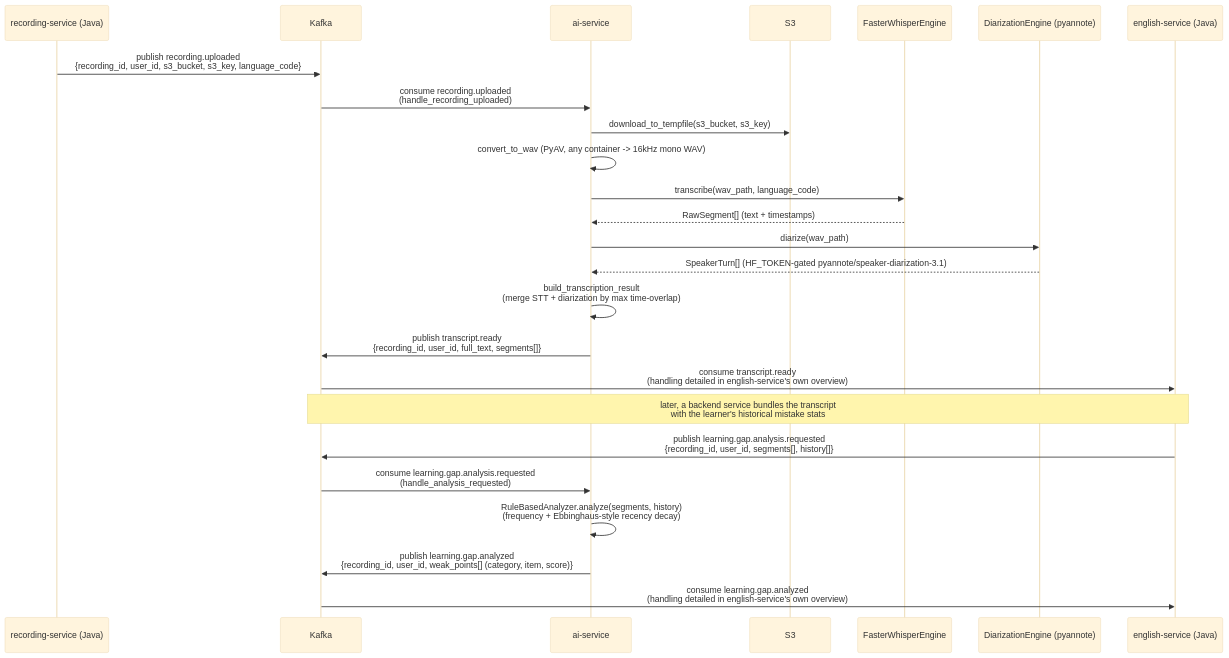
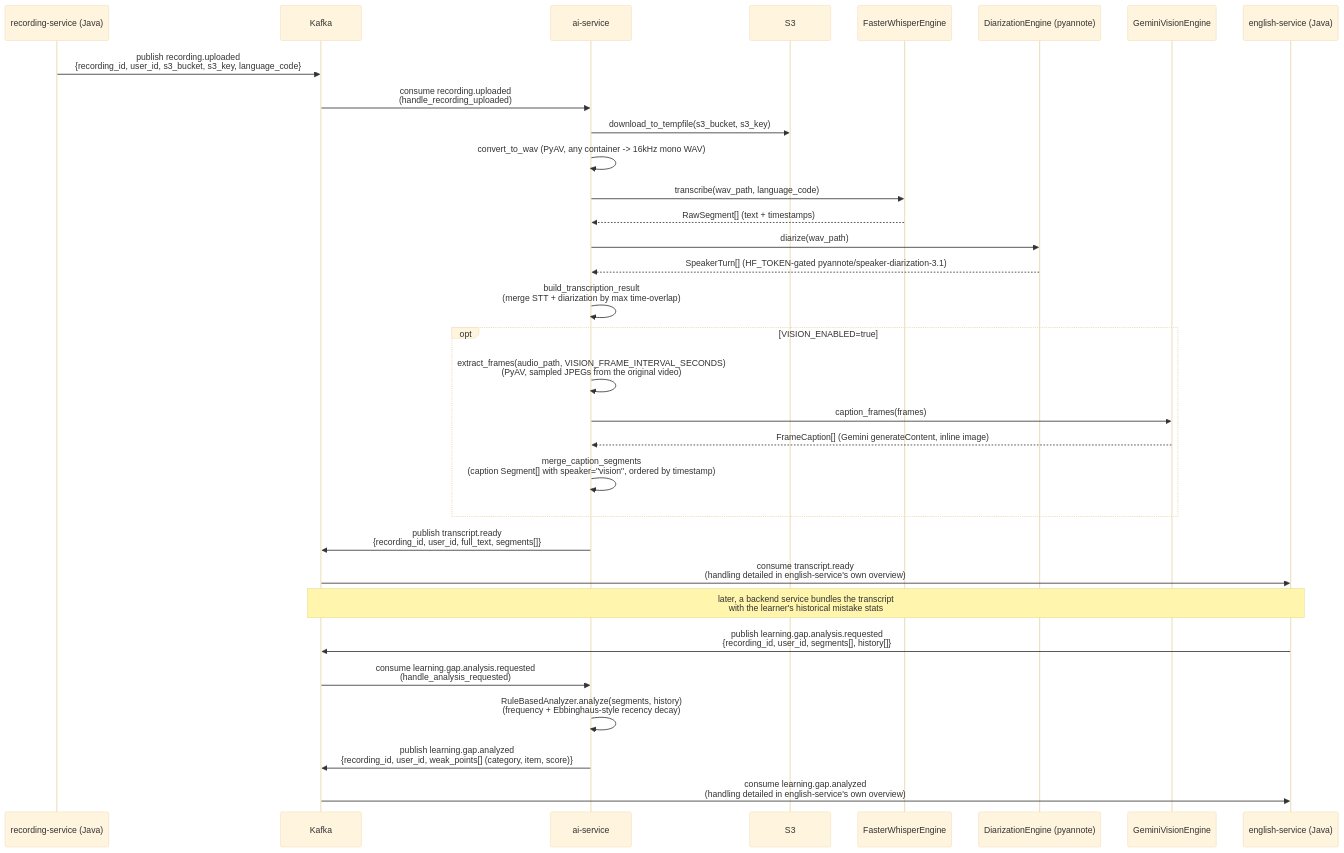
Before and after one commit to CuongNguyen13/RemeLearning: the first of 2 diagrams in docs/sequence/Ai_service/overview.md, drawn with Mermaid. The commit also changed other lines of this file and 173 other files, not shown here.

````diff
--- a/docs/sequence/Ai_service/overview.md
+++ b/docs/sequence/Ai_service/overview.md
@@ -18,36 +18,45 @@
 ```mermaid
 ---
 config:
   theme: base
   themeVariables:
     background: '#ffffff'
 ---
 sequenceDiagram
     participant Rec as recording-service (Java)
     participant Kafka
     participant AI as ai-service
     participant S3
     participant Whisper as FasterWhisperEngine
     participant Diar as DiarizationEngine (pyannote)
+    participant Vision as GeminiVisionEngine
     participant Eng as english-service (Java)
 
     Rec->>Kafka: publish recording.uploaded<br/>{recording_id, user_id, s3_bucket, s3_key, language_code}
     Kafka->>AI: consume recording.uploaded<br/>(handle_recording_uploaded)
     AI->>S3: download_to_tempfile(s3_bucket, s3_key)
     AI->>AI: convert_to_wav (PyAV, any container -> 16kHz mono WAV)
     AI->>Whisper: transcribe(wav_path, language_code)
     Whisper-->>AI: RawSegment[] (text + timestamps)
     AI->>Diar: diarize(wav_path)
     Diar-->>AI: SpeakerTurn[] (HF_TOKEN-gated pyannote/speaker-diarization-3.1)
     AI->>AI: build_transcription_result<br/>(merge STT + diarization by max time-overlap)
+
+    opt VISION_ENABLED=true
+        AI->>AI: extract_frames(audio_path, VISION_FRAME_INTERVAL_SECONDS)<br/>(PyAV, sampled JPEGs from the original video)
+        AI->>Vision: caption_frames(frames)
+        Vision-->>AI: FrameCaption[] (Gemini generateContent, inline image)
+        AI->>AI: merge_caption_segments<br/>(caption Segment[] with speaker="vision", ordered by timestamp)
+    end
+
     AI->>Kafka: publish transcript.ready<br/>{recording_id, user_id, full_text, segments[]}
     Kafka->>Eng: consume transcript.ready<br/>(handling detailed in english-service's own overview)
 
     Note over Eng,Kafka: later, a backend service bundles the transcript<br/>with the learner's historical mistake stats
 
     Eng->>Kafka: publish learning.gap.analysis.requested<br/>{recording_id, user_id, segments[], history[]}
     Kafka->>AI: consume learning.gap.analysis.requested<br/>(handle_analysis_requested)
     AI->>AI: RuleBasedAnalyzer.analyze(segments, history)<br/>(frequency + Ebbinghaus-style recency decay)
     AI->>Kafka: publish learning.gap.analyzed<br/>{recording_id, user_id, weak_points[] (category, item, score)}
     Kafka->>Eng: consume learning.gap.analyzed<br/>(handling detailed in english-service's own overview)
 ```
````
